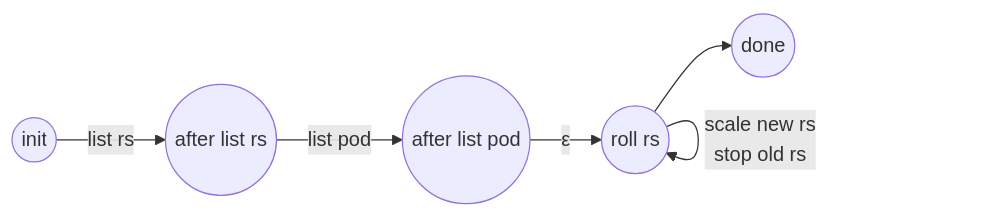
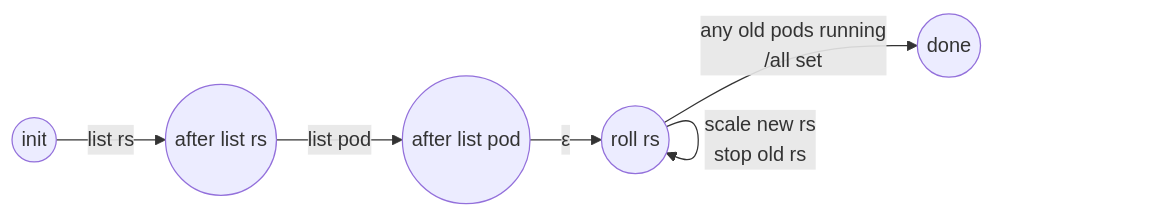
Before and after one commit to anvil-verifier/anvil: the second of 2 diagrams in discussion/kubernetes-model/deployment_controller.md, drawn with Mermaid. The commit also changed 3 other files, not shown here.

````diff
--- a/discussion/kubernetes-model/deployment_controller.md
+++ b/discussion/kubernetes-model/deployment_controller.md
@@ -48,8 +48,8 @@
 ```mermaid
 graph LR
 	1((init))-->|list rs|2((after list rs))
 	2-->|list pod|3((after list pod))
 	3-->|ε|4((roll rs))
 	4-->|scale new rs<br>stop old rs|4
-	4-->5((done))
+	4-->|any old pods running<br>/all set|5((done))
 ```
````
